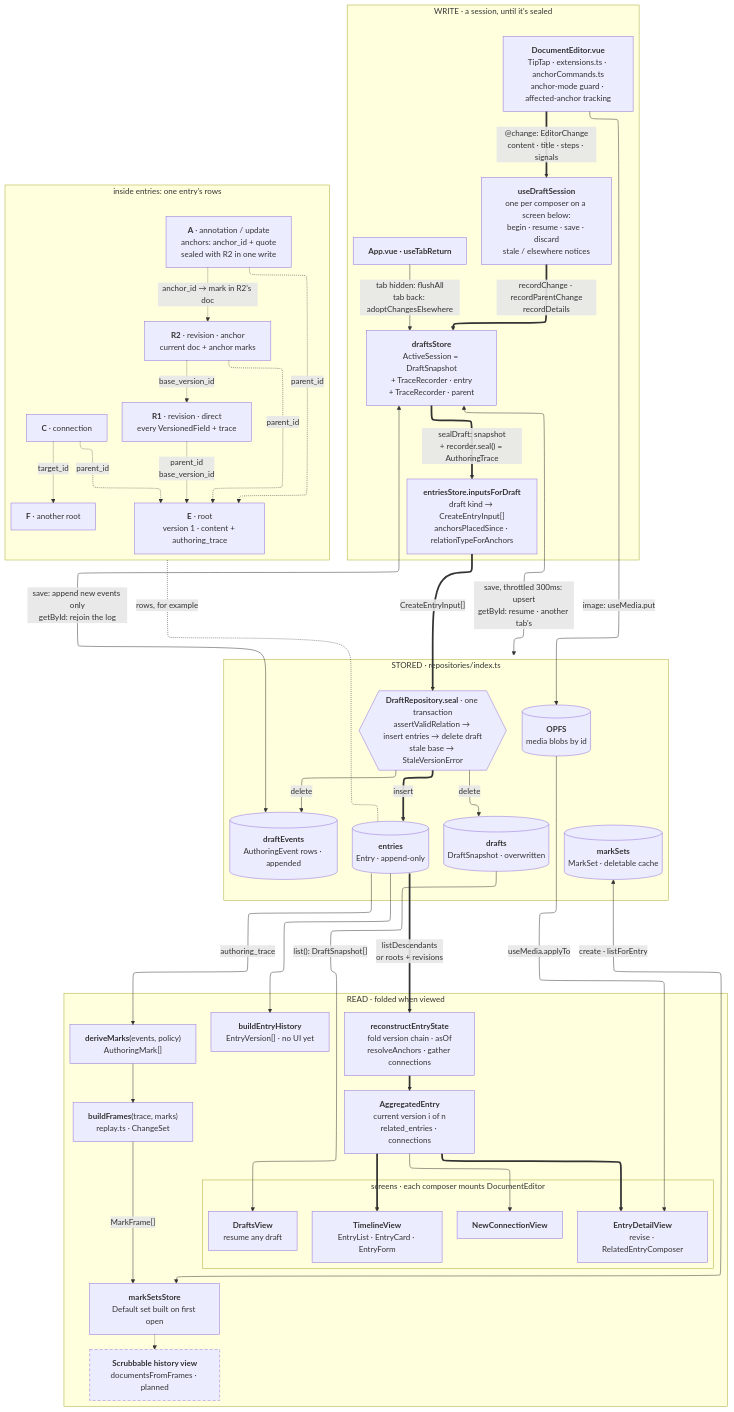
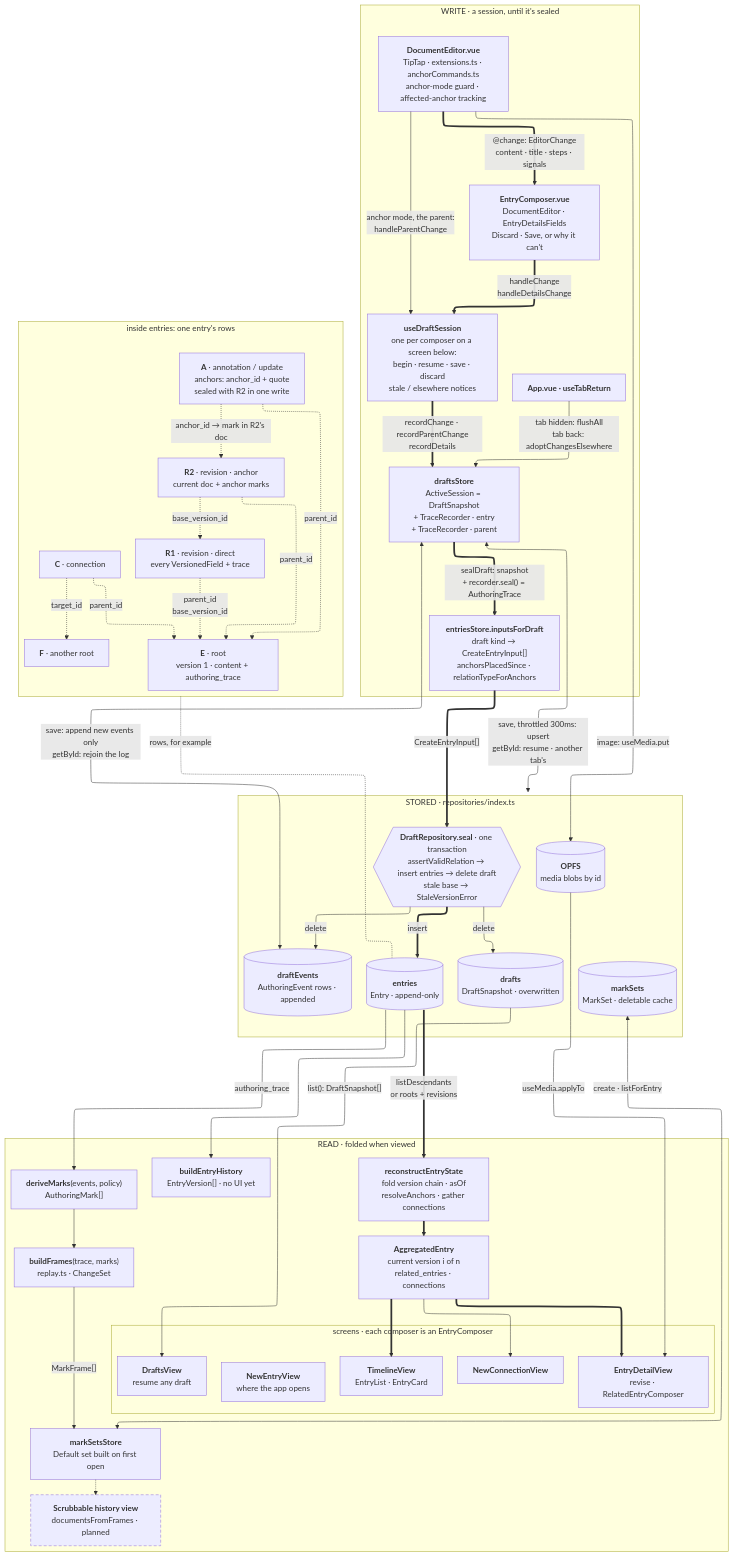
One commit to JasonFairchild/Chronicle changed the diagram in ARCHITECTURE.md. Above: the diagram before and after it, drawn with Mermaid. The commit also changed other lines of this file and 5 other files, not shown here.

First line of the commit message:
docs(entries): finish the entry-composer work in the docs

```diff
--- a/ARCHITECTURE.md
+++ b/ARCHITECTURE.md
@@ -33,6 +34,7 @@
   subgraph WRITE["WRITE · a session, until it's sealed"]
     direction LR
     DE["<b>DocumentEditor.vue</b><br/>TipTap · extensions.ts · anchorCommands.ts<br/>anchor-mode guard · affected-anchor tracking"]
+    EC["<b>EntryComposer.vue</b><br/>DocumentEditor · EntryDetailsFields<br/>Discard · Save, or why it can't"]
     SES["<b>useDraftSession</b><br/>one per composer on a screen below:<br/>begin · resume · save · discard<br/>stale / elsewhere notices"]
     TAB["<b>App.vue · useTabReturn</b>"]
     DS["<b>draftsStore</b><br/>ActiveSession = DraftSnapshot<br/>+ TraceRecorder · entry<br/>+ TraceRecorder · parent"]
@@ -69,9 +71,10 @@
     MSS["<b>markSetsStore</b><br/>Default set built on first open"]
     SCRUB["<b>Scrubbable history view</b><br/>documentsFromFrames · planned"]
 
-    subgraph SCREENS["screens · each composer mounts DocumentEditor"]
+    subgraph SCREENS["screens · each composer is an EntryComposer"]
     direction LR
-      TL["<b>TimelineView</b><br/>EntryList · EntryCard · EntryForm"]
+      NEV["<b>NewEntryView</b><br/>where the app opens"]
+      TL["<b>TimelineView</b><br/>EntryList · EntryCard"]
       DV["<b>EntryDetailView</b><br/>revise · RelatedEntryComposer"]
       NCV["<b>NewConnectionView</b>"]
       DV2["<b>DraftsView</b><br/>resume any draft"]
@@ -79,7 +82,9 @@
   end
 
   %% write path
-  DE ==>|"@change: EditorChange<br/>content · title · steps · signals"| SES
+  DE ==>|"@change: EditorChange<br/>content · title · steps · signals"| EC
+  EC ==>|"handleChange<br/>handleDetailsChange"| SES
+  DE -->|"anchor mode, the parent:<br/>handleParentChange"| SES
   SES ==>|"recordChange · recordParentChange<br/>recordDetails"| DS
   TAB -->|"tab hidden: flushAll<br/>tab back: adoptChangesElsewhere"| DS
   DS <-->|"save, throttled 300ms: upsert<br/>getById: resume · another tab's"| T_DRAFTS
```
